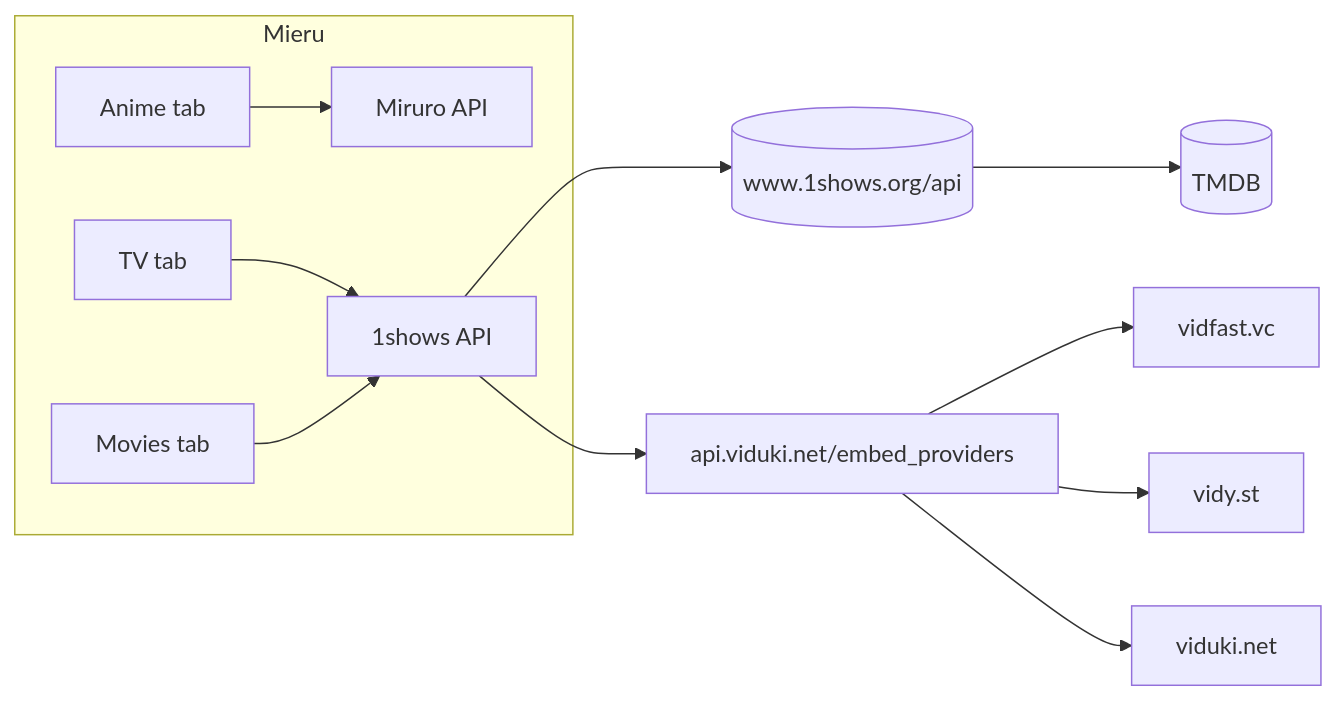
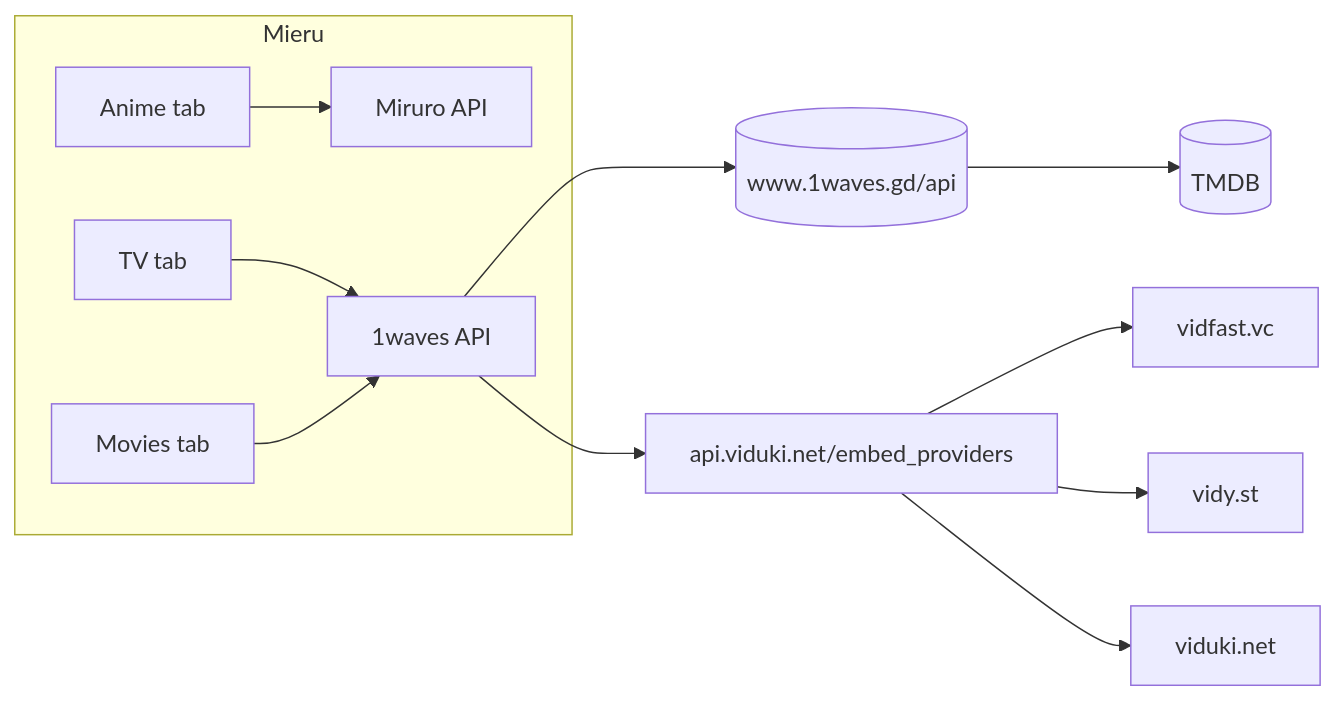
The first of 3 diagrams in .opencode/specs/2026-11-19-tv-movies-design.md (soulsam480/mieru), drawn with Mermaid before and after one commit. The commit also changed other lines of this file and 8 other files, not shown here.

````diff
--- a/.opencode/specs/2026-11-19-tv-movies-design.md
+++ b/.opencode/specs/2026-11-19-tv-movies-design.md
@@ -15,13 +15,13 @@
 ```mermaid
 flowchart LR
     subgraph app[Mieru]
         A[Anime tab] --> M[Miruro API]
-        B[TV tab] --> O[1shows API]
+        B[TV tab] --> O[1waves API]
         C[Movies tab] --> O
     end
-    O --> T[(www.1shows.org/api)] --> TMDB[(TMDB)]
+    O --> T[(www.1waves.gd/api)] --> TMDB[(TMDB)]
     O --> P[api.viduki.net/embed_providers]
     P --> E1[vidfast.vc]
     P --> E2[vidy.st]
     P --> E3[viduki.net]
 ```
````
